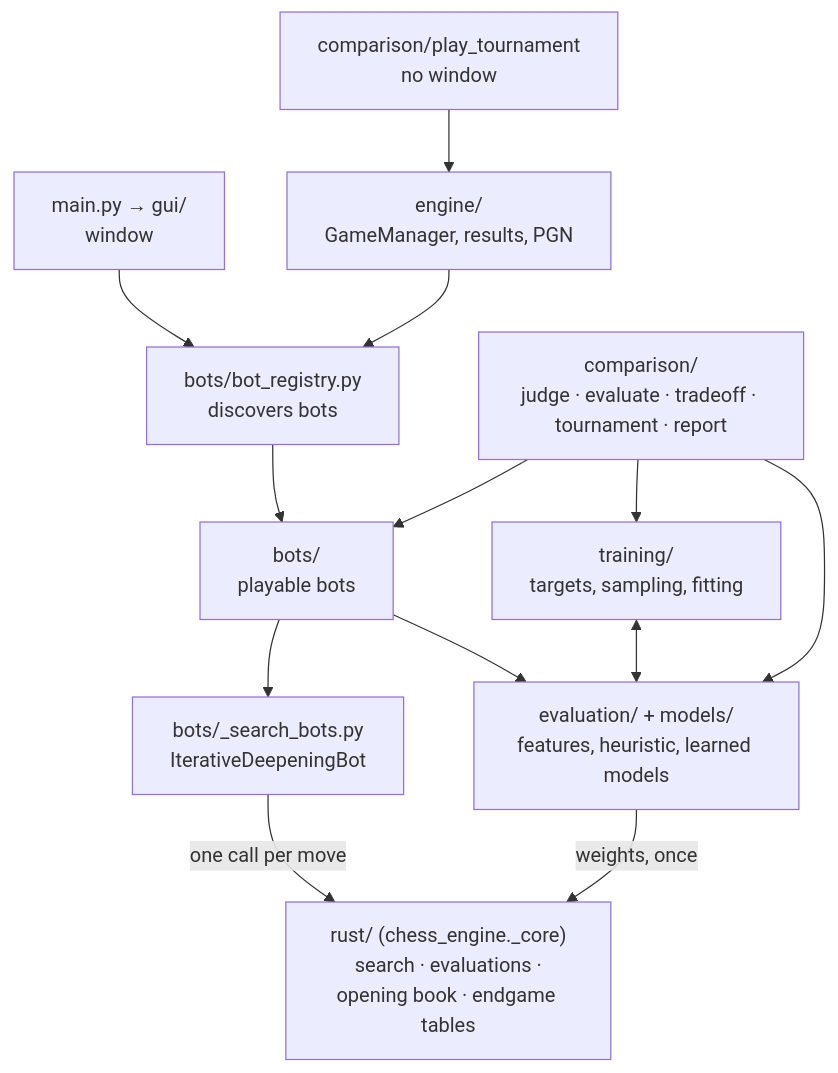
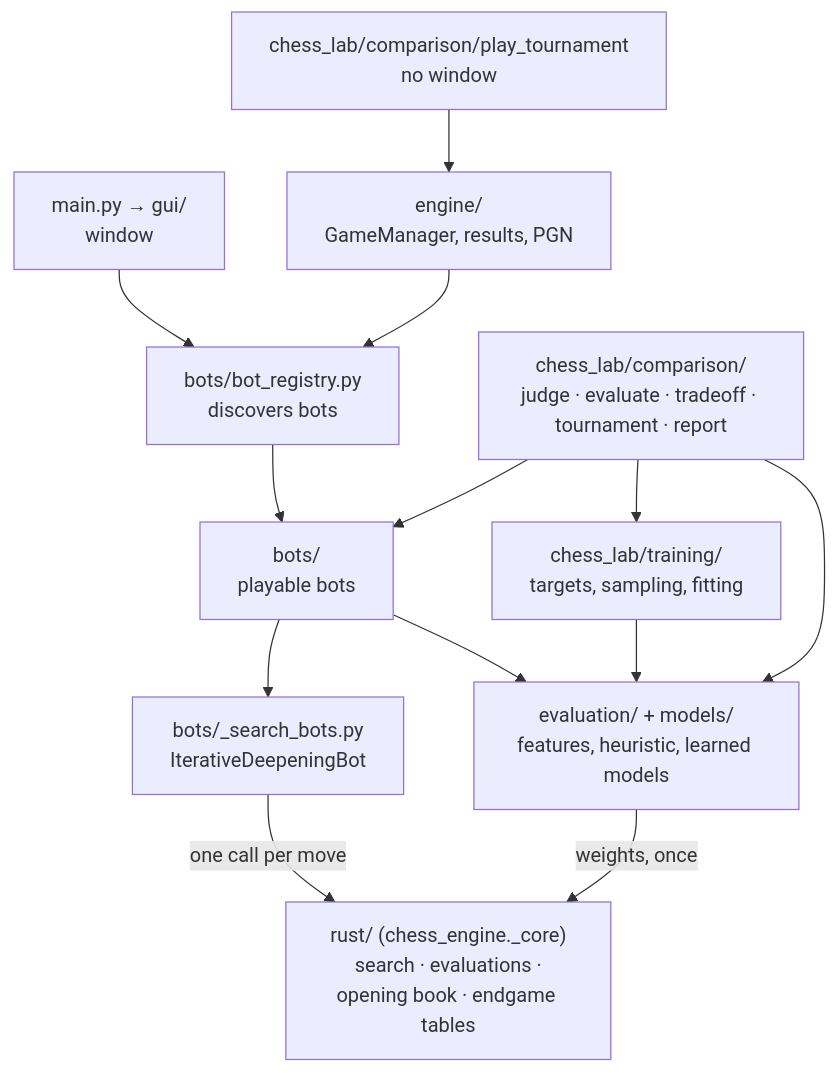
Before and after one commit to JoaquinDeVA/chess-ai-engine: the first of 3 diagrams in docs/ARCHITECTURE.md, drawn with Mermaid. The commit also changed other lines of this file and 101 other files, not shown here.

First line of the commit message:
refactor: split the laboratory (training, comparison, scripts) into the chess_lab package

````diff
--- a/docs/ARCHITECTURE.md
+++ b/docs/ARCHITECTURE.md
@@ -15,15 +17,15 @@
 ```mermaid
 flowchart TB
     WIN["main.py → gui/<br/>window"] --> REG
-    TOURN["comparison/play_tournament<br/>no window"] --> GM["engine/<br/>GameManager, results, PGN"]
+    TOURN["chess_lab/comparison/play_tournament<br/>no window"] --> GM["engine/<br/>GameManager, results, PGN"]
     GM --> REG["bots/bot_registry.py<br/>discovers bots"]
     REG --> BOTS["bots/<br/>playable bots"]
     BOTS --> BASES["bots/_search_bots.py<br/>IterativeDeepeningBot"]
     BASES -->|"one call per move"| CORE["rust/ (chess_engine._core)<br/>search · evaluations ·<br/>opening book · endgame tables"]
     BOTS --> EVAL["evaluation/ + models/<br/>features, heuristic, learned models"]
     EVAL -->|"weights, once"| CORE
-    TRAIN["training/<br/>targets, sampling, fitting"] <--> EVAL
-    COMP["comparison/<br/>judge · evaluate · tradeoff · tournament · report"] --> TRAIN
+    TRAIN["chess_lab/training/<br/>targets, sampling, fitting"] --> EVAL
+    COMP["chess_lab/comparison/<br/>judge · evaluate · tradeoff · tournament · report"] --> TRAIN
     COMP --> EVAL
     COMP --> BOTS
 ```
````
